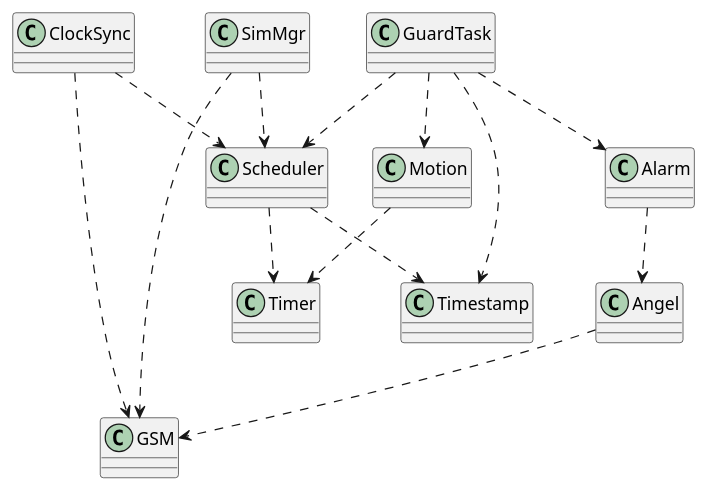
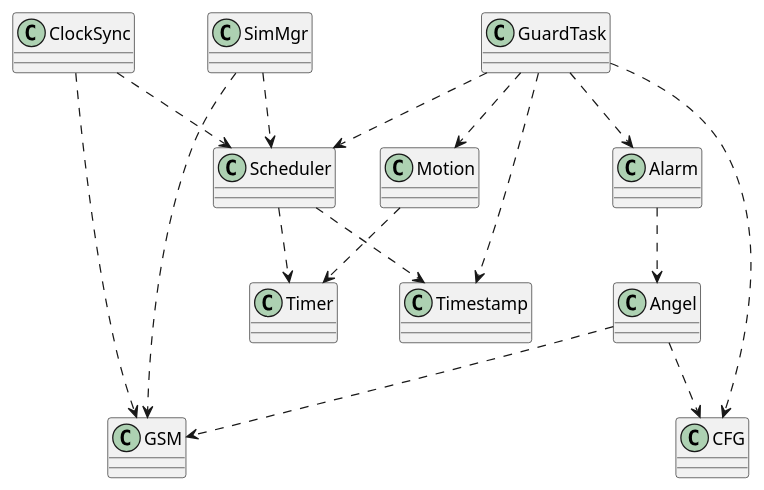
Before and after one commit to wilbert-alberts/GuardianAngel: the diagram in GA-arduino/doc/Dependencies.puml, drawn with PlantUML. The commit also changed 8 other files, not shown here.

```diff
--- a/GA-arduino/doc/Dependencies.puml
+++ b/GA-arduino/doc/Dependencies.puml
@@ -1,20 +1,23 @@
 @startuml
 
 GuardTask ..> Scheduler
 ClockSync ..> Scheduler
 Scheduler ..> Timer
 Motion ..> Timer
 GuardTask ..> Alarm
 GuardTask ..> Motion
 ClockSync ..> GSM
 
 Alarm ..> Angel
 Angel ..> GSM
 
 
 Scheduler ..> Timestamp
 GuardTask ..> Timestamp
 SimMgr ..> Scheduler
 SimMgr ..> GSM
 
+Angel ..> CFG
+GuardTask ..> CFG
+
 @enduml
```
